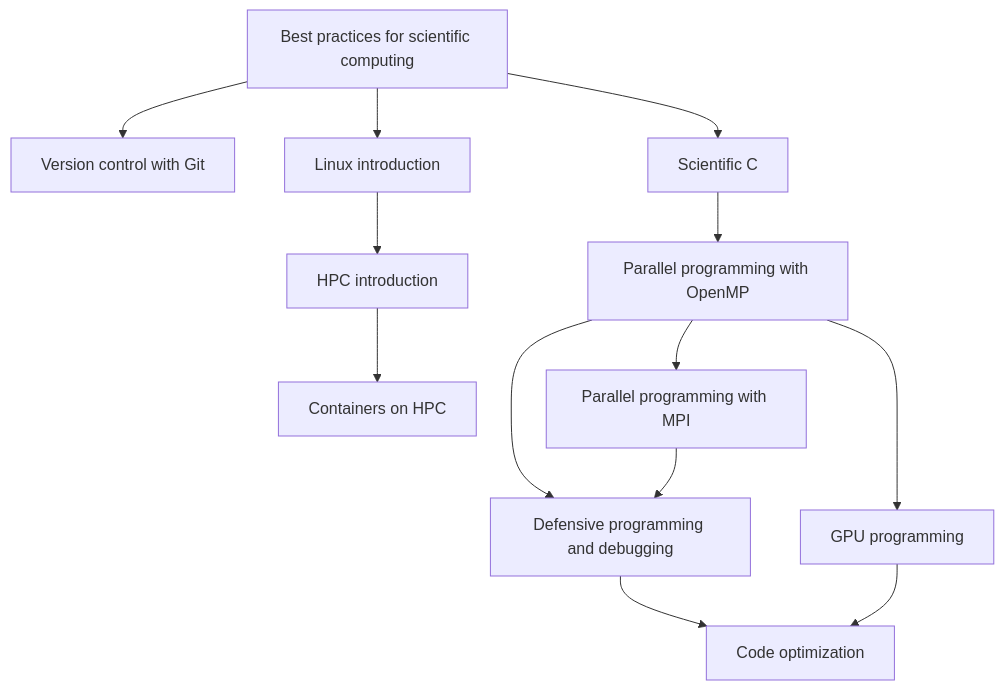
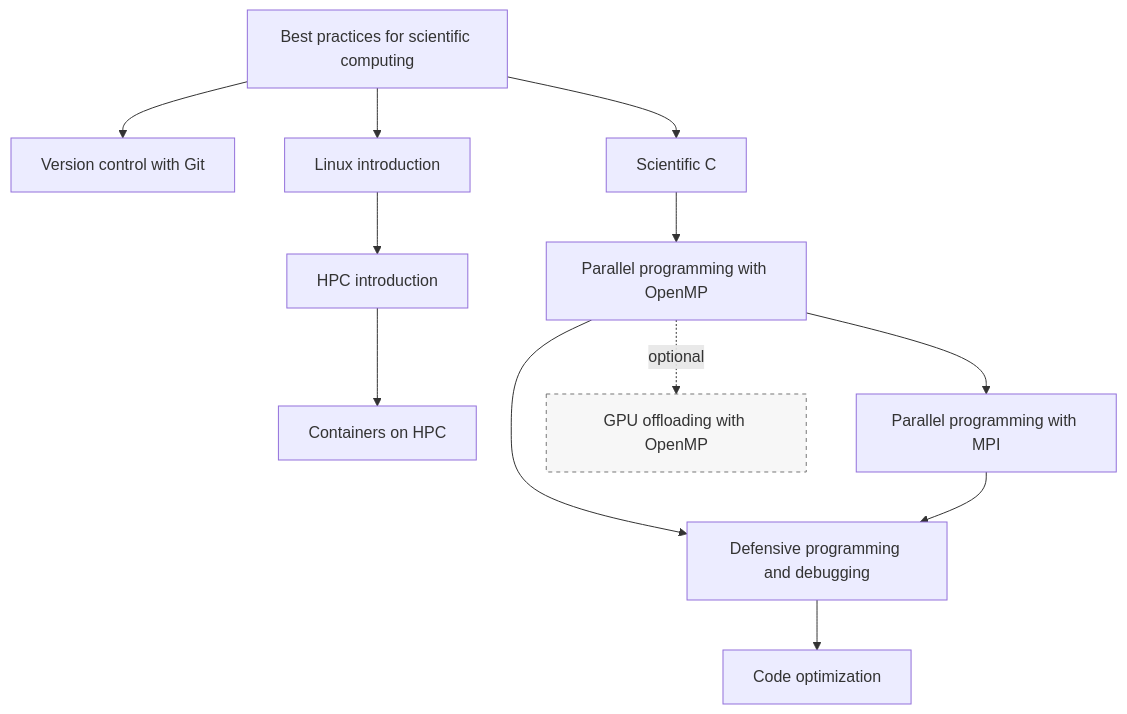
The diagram in docs/learning_path_hpc_application_development_c.md (gjbex/Training-sessions), drawn with Mermaid before and after one commit. The commit also changed other lines of this file and 3 other files, not shown here.

````diff
--- a/docs/learning_path_hpc_application_development_c.md
+++ b/docs/learning_path_hpc_application_development_c.md
@@ -6,26 +6,27 @@
 ```mermaid
 graph TD
   Best_practices_for_scientific_computing[Best practices for scientific computing] --> Version_control_with_git[Version control with Git]
   Best_practices_for_scientific_computing --> Linux_intro[Linux introduction]
   Linux_intro --> HPC_intro[HPC introduction]
   HPC_intro --> Containers_on_HPC[Containers on HPC]
   Best_practices_for_scientific_computing --> Scientific_C[Scientific C]
   Scientific_C --> Parallel_programming_with_OpenMP[Parallel programming with OpenMP]
   Parallel_programming_with_OpenMP --> Parallel_programming_with_MPI[Parallel programming with MPI]
   Parallel_programming_with_OpenMP --> Defensive_programming_and_debugging[Defensive programming and debugging]
   Parallel_programming_with_MPI --> Defensive_programming_and_debugging
   Defensive_programming_and_debugging --> Code_optimization[Code optimization]
-  Parallel_programming_with_OpenMP --> GPU_programming[GPU programming]
-  GPU_programming --> Code_optimization
+  Parallel_programming_with_OpenMP -. optional .-> GPU_offloading_with_OpenMP[GPU offloading with OpenMP]
+  classDef optional fill:#f7f7f7,stroke:#777,stroke-dasharray: 4 4,color:#333
+  class GPU_offloading_with_OpenMP optional
   click Best_practices_for_scientific_computing "https://gjbex.github.io/Best-practices-for-scientific-computing/" "Best practices for scientific computing"
   click Version_control_with_git "https://gjbex.github.io/Version-control-with-git" "Version control with Git"
   click Linux_intro "https://gjbex.github.io/Training-sessions/linux_intro" "Linux introduction"
   click HPC_intro "https://gjbex.github.io/Training-sessions/hpc_intro" "HPC introduction"
   click Containers_on_HPC "https://gjbex.github.io/Containers-for-HPC/" "Containers on HPC"
   click Scientific_C "https://gjbex.github.io/Scientific-C/" "Scientific C"
   click Defensive_programming_and_debugging "https://gjbex.github.io/Defensive-programming-and-debugging/" "Defensive programming and debugging"
   click Parallel_programming_with_OpenMP "https://gjbex.github.io/Training-sessions/parallel_programming_with_openmp" "Parallel programming with OpenMP"
   click Parallel_programming_with_MPI "https://gjbex.github.io/Training-sessions/parallel_programming_with_mpi" "Parallel programming with MPI"
-  click GPU_programming "https://gjbex.github.io/GPU-programming/" "GPU programming"
+  click GPU_offloading_with_OpenMP "https://gjbex.github.io/GPU-programming/" "GPU offloading with OpenMP"
   click Code_optimization "https://gjbex.github.io/Code-optimization/" "Code optimization"
 ```
````
